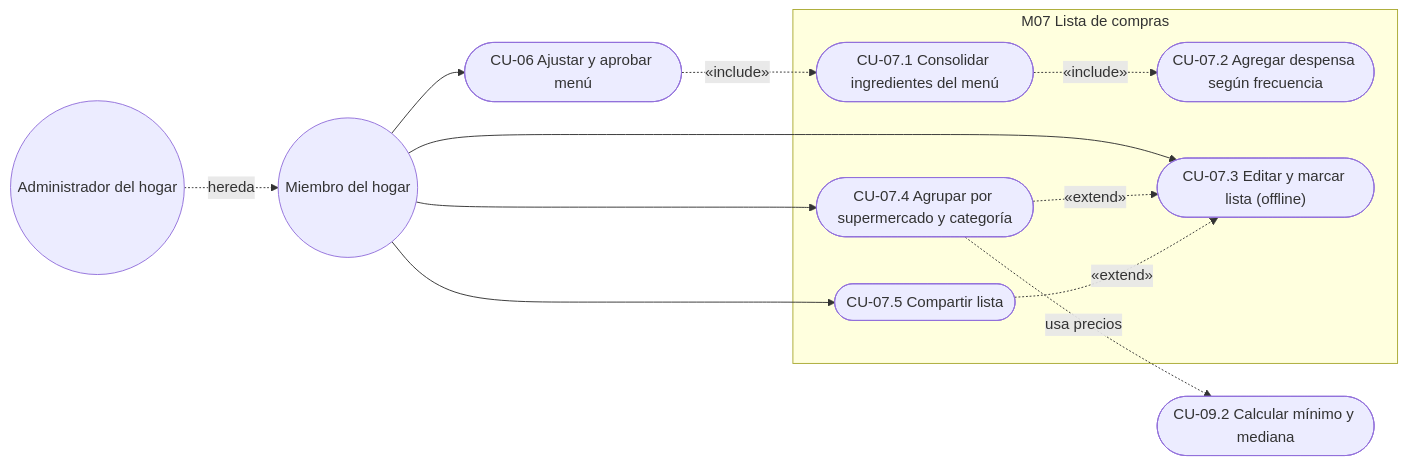
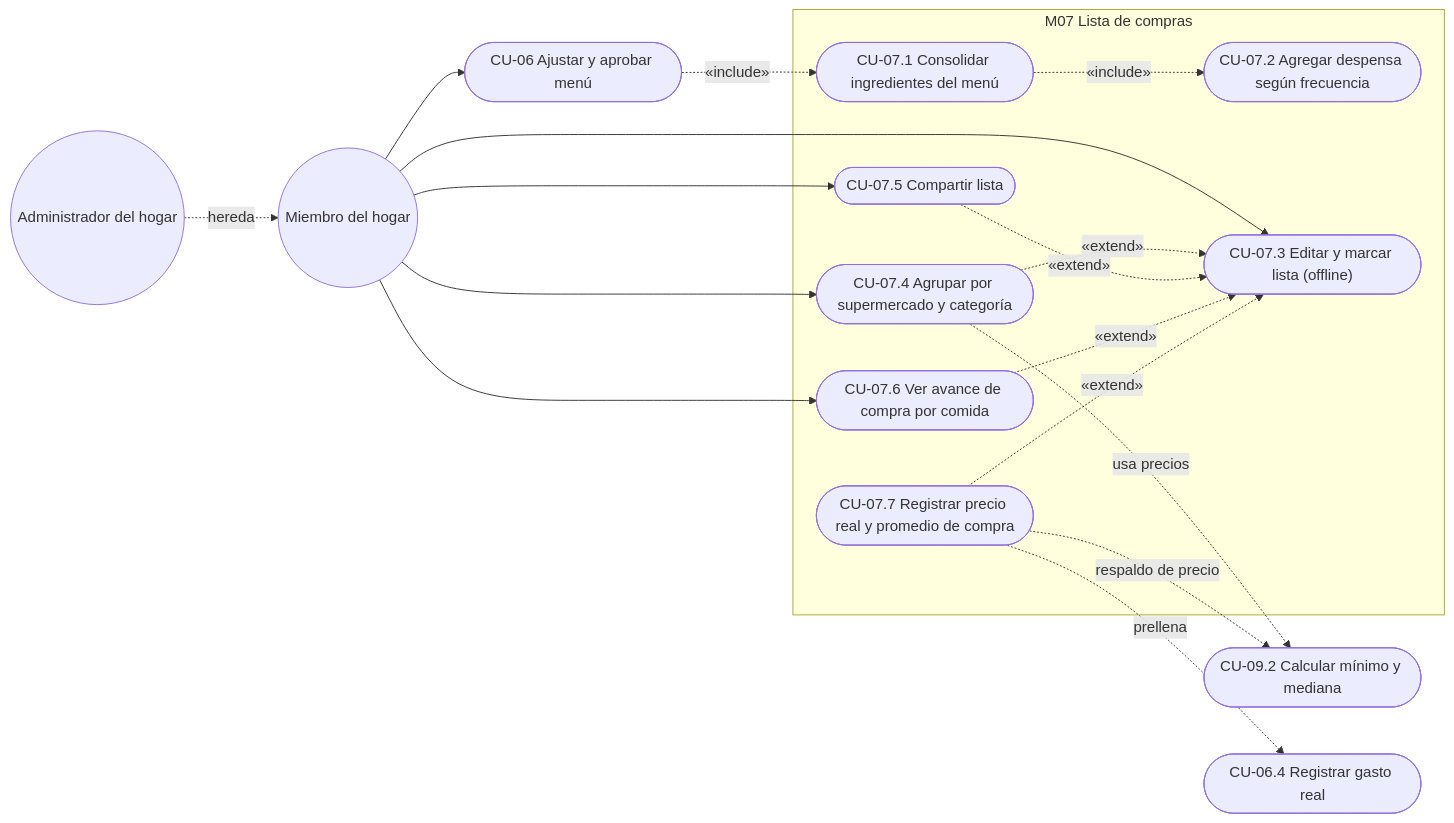
The first of 15 diagrams in docs/01-requerimientos/historias/M07-lista-compras.md (devrenerosales/App_Comidas), drawn with Mermaid before and after one commit. The commit also changed other lines of this file and 11 other files, not shown here.

````diff
--- a/docs/01-requerimientos/historias/M07-lista-compras.md
+++ b/docs/01-requerimientos/historias/M07-lista-compras.md
@@ -15,27 +15,35 @@
 ```mermaid
 flowchart LR
   MIE(("Miembro del hogar"))
   ADM(("Administrador del hogar"))
   ADM -. "hereda" .-> MIE
 
   subgraph M07["M07 Lista de compras"]
     C1(["CU-07.1 Consolidar ingredientes del menú"])
     C2(["CU-07.2 Agregar despensa según frecuencia"])
     C3(["CU-07.3 Editar y marcar lista (offline)"])
     C4(["CU-07.4 Agrupar por supermercado y categoría"])
     C5(["CU-07.5 Compartir lista"])
+    C6(["CU-07.6 Ver avance de compra por comida"])
+    C7(["CU-07.7 Registrar precio real y promedio de compra"])
   end
 
   C06(["CU-06 Ajustar y aprobar menú"])
   C092(["CU-09.2 Calcular mínimo y mediana"])
+  C064(["CU-06.4 Registrar gasto real"])
 
   MIE --> C06
   MIE --> C3
   MIE --> C4
   MIE --> C5
   C06 -. "«include»" .-> C1
   C1 -. "«include»" .-> C2
   C4 -. "«extend»" .-> C3
   C5 -. "«extend»" .-> C3
   C4 -. "usa precios" .-> C092
+  MIE --> C6
+  C6 -. "«extend»" .-> C3
+  C7 -. "«extend»" .-> C3
+  C7 -. "prellena" .-> C064
+  C7 -. "respaldo de precio" .-> C092
 ```
````
